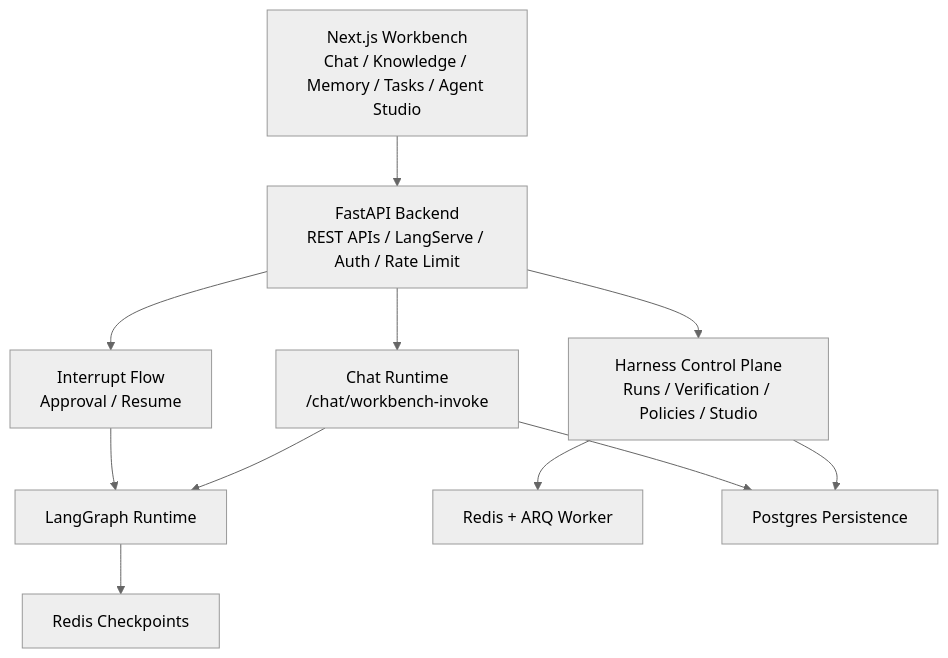
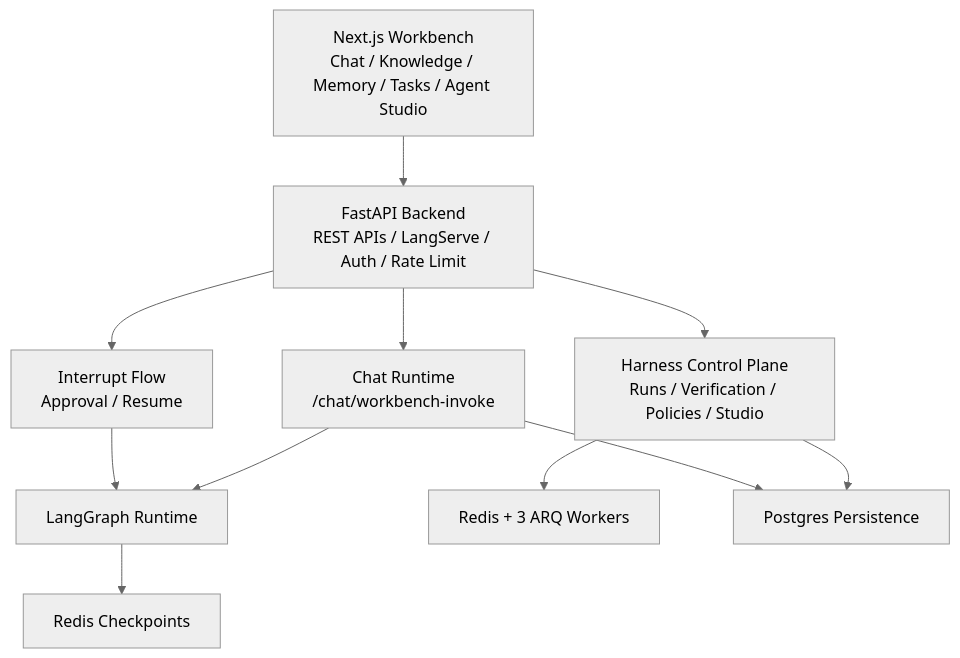
One commit to Ivan001223/AgFrame changed the diagram in README.md. Above: the diagram before and after it, drawn with Mermaid (neutral theme). The commit also changed other lines of this file and 26 other files, not shown here.

````diff
--- a/README.md
+++ b/README.md
@@ -37,23 +37,23 @@
 ```mermaid
 flowchart TD
     FE[Next.js Workbench<br/>Chat / Knowledge / Memory / Tasks / Agent Studio]
     API[FastAPI Backend<br/>REST APIs / LangServe / Auth / Rate Limit]
     CHAT["Chat Runtime<br/>/chat/workbench-invoke"]
     GRAPH[LangGraph Runtime]
     INTERRUPT["Interrupt Flow<br/>Approval / Resume"]
     HARNESS["Harness Control Plane<br/>Runs / Verification / Policies / Studio"]
-    QUEUE[Redis + ARQ Worker]
+    QUEUE[Redis + 3 ARQ Workers]
     REDIS[Redis Checkpoints]
     PG[Postgres Persistence]
 
     FE --> API
     API --> CHAT
     CHAT --> GRAPH
     GRAPH --> REDIS
     API --> INTERRUPT
     INTERRUPT --> GRAPH
     API --> HARNESS
     HARNESS --> QUEUE
     HARNESS --> PG
     CHAT --> PG
 ```
````
